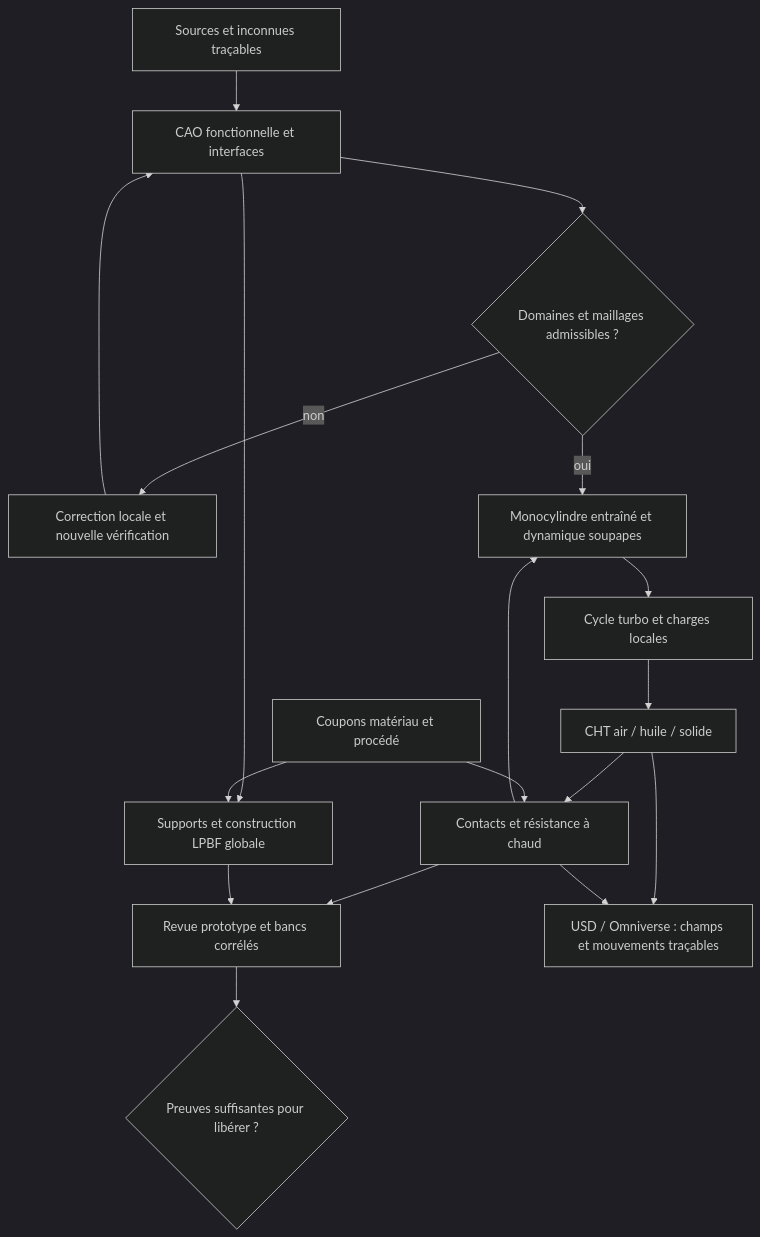
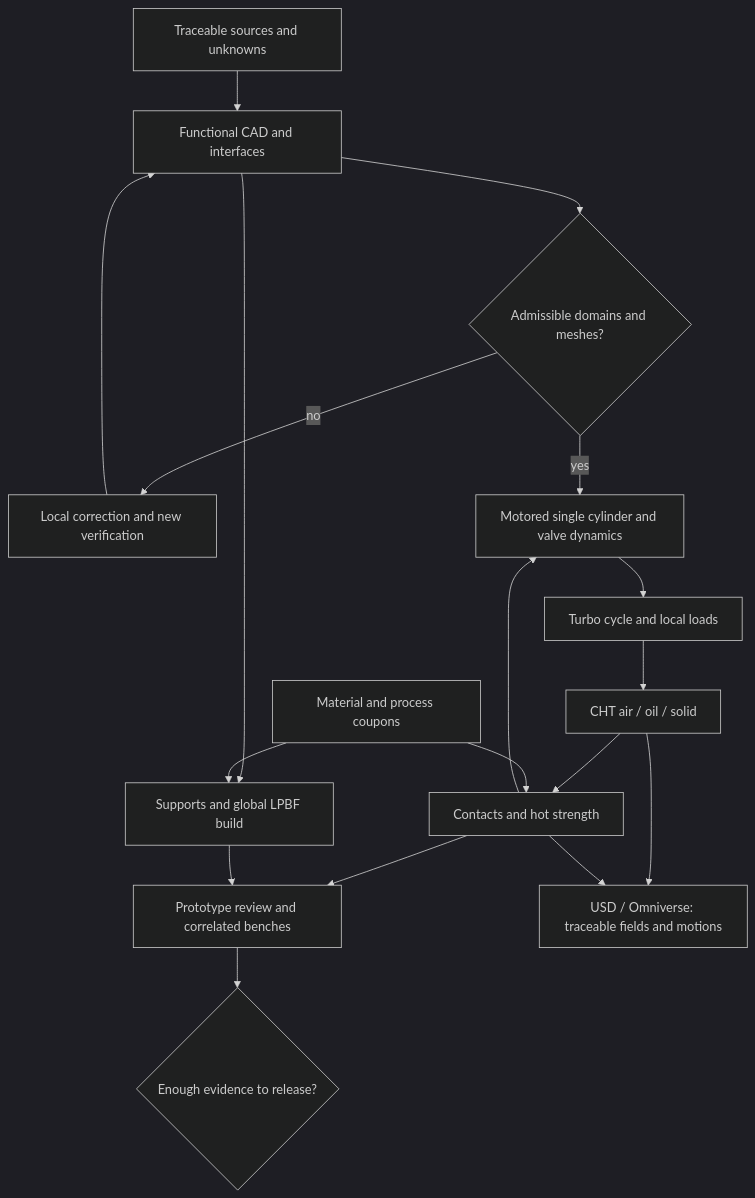
Before and after one commit to cluster2600/porscheparts: the first of 2 diagrams in docs/reports/M64_RESEARCH_EXECUTION_20260912.md, drawn with Mermaid (dark theme). The commit also changed other lines of this file and 228 other files, not shown here.

````diff
--- a/docs/reports/M64_RESEARCH_EXECUTION_20260912.md
+++ b/docs/reports/M64_RESEARCH_EXECUTION_20260912.md
@@ -61,20 +61,20 @@
 ```mermaid
 flowchart TD
-    R[Sources et inconnues traçables] --> G[CAO fonctionnelle et interfaces]
-    G --> M{Domaines et maillages admissibles ?}
-    M -->|non| D[Correction locale et nouvelle vérification]
+    R[Traceable sources and unknowns] --> G[Functional CAD and interfaces]
+    G --> M{Admissible domains and meshes?}
+    M -->|no| D[Local correction and new verification]
     D --> G
-    M -->|oui| V[Monocylindre entraîné et dynamique soupapes]
-    V --> C[Cycle turbo et charges locales]
-    C --> H[CHT air / huile / solide]
-    H --> S[Contacts et résistance à chaud]
+    M -->|yes| V[Motored single cylinder and valve dynamics]
+    V --> C[Turbo cycle and local loads]
+    C --> H[CHT air / oil / solid]
+    H --> S[Contacts and hot strength]
     S --> V
-    G --> P[Supports et construction LPBF globale]
-    Q[Coupons matériau et procédé] --> P
+    G --> P[Supports and global LPBF build]
+    Q[Material and process coupons] --> P
     Q --> S
-    S --> I[Revue prototype et bancs corrélés]
+    S --> I[Prototype review and correlated benches]
     P --> I
-    H --> U[USD / Omniverse : champs et mouvements traçables]
+    H --> U[USD / Omniverse: traceable fields and motions]
     S --> U
-    I --> F{Preuves suffisantes pour libérer ?}
+    I --> F{Enough evidence to release?}
 ```
````
